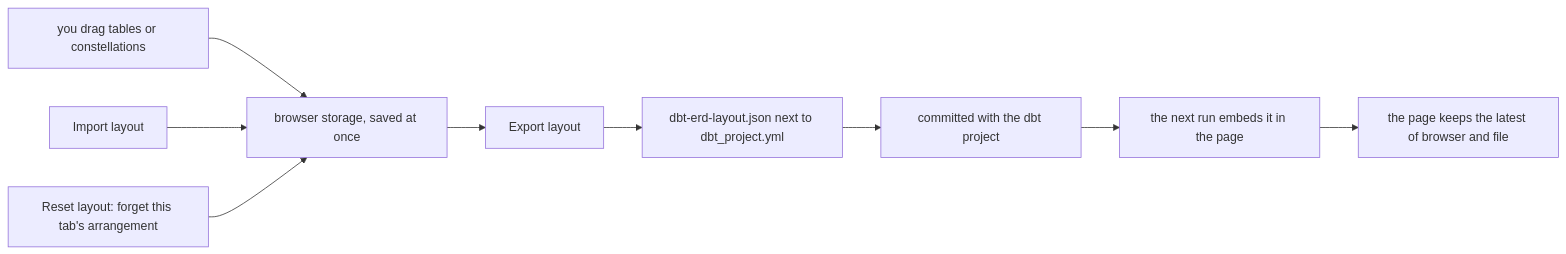
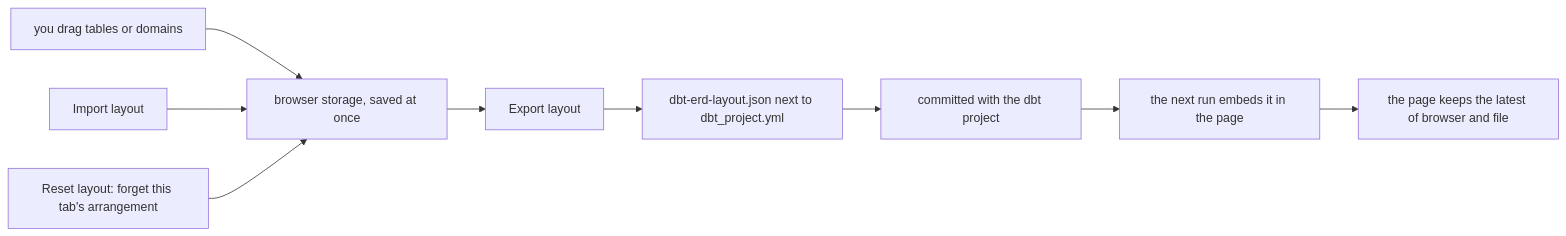
Before and after one commit to christophebnx/dbtscope: the eighth of 8 diagrams in docs/how-it-works.md, drawn with Mermaid. The commit also changed other lines of this file and 7 other files, not shown here.

````diff
--- a/docs/how-it-works.md
+++ b/docs/how-it-works.md
@@ -185,11 +185,11 @@
 ```mermaid
 flowchart LR
-    DR["you drag tables or constellations"] --> BS["browser storage, saved at once"]
+    DR["you drag tables or domains"] --> BS["browser storage, saved at once"]
     BS --> EX["Export layout"]
     EX --> F["dbt-erd-layout.json next to dbt_project.yml"]
     F --> GIT["committed with the dbt project"]
     GIT --> RUN["the next run embeds it in the page"]
     RUN --> PG["the page keeps the latest of browser and file"]
     IM["Import layout"] --> BS
     RS["Reset layout: forget this tab's arrangement"] --> BS
 ```
````
